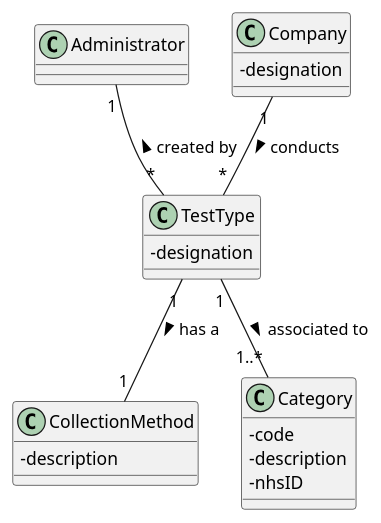
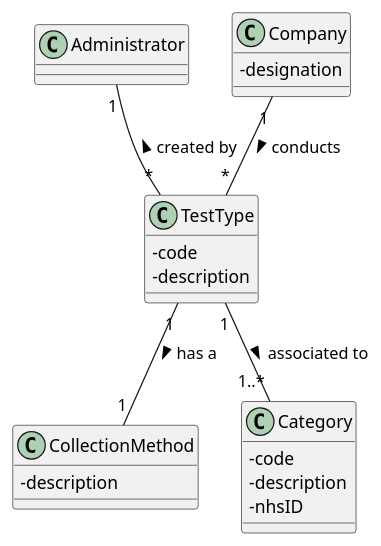
One commit to MadDinosaur/ISEP-LAPR2 changed the diagram in docs/SprintB/US9/US9_DM.puml. Above: the diagram before and after it, drawn with PlantUML. The commit also changed 12 other files, not shown here.

```diff
--- a/docs/SprintB/US9/US9_DM.puml
+++ b/docs/SprintB/US9/US9_DM.puml
@@ -1,28 +1,29 @@
 @startuml
 skinparam classAttributeIconSize 0
 
 class Company {
 -designation
 }
 
 class Administrator
 
 class CollectionMethod {
 -description
 }
 
 class TestType {
--designation
+-code
+-description
 }
 
 class Category {
 -code
 -description
 -nhsID
 }
 
 TestType "*"-up-"1" Administrator : created by >
 Category "1..*"-up-"1" TestType  : associated to <
 TestType "1"--"1" CollectionMethod : has a  >
 Company "1"-down-"*" TestType : conducts >
 @enduml
```
